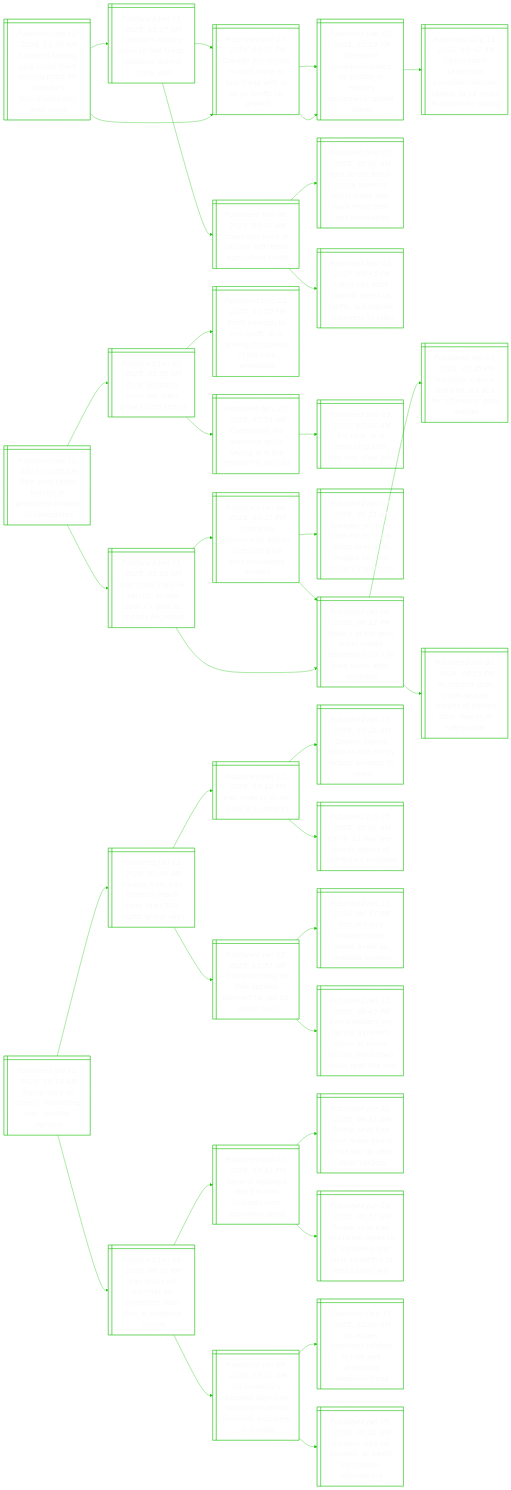
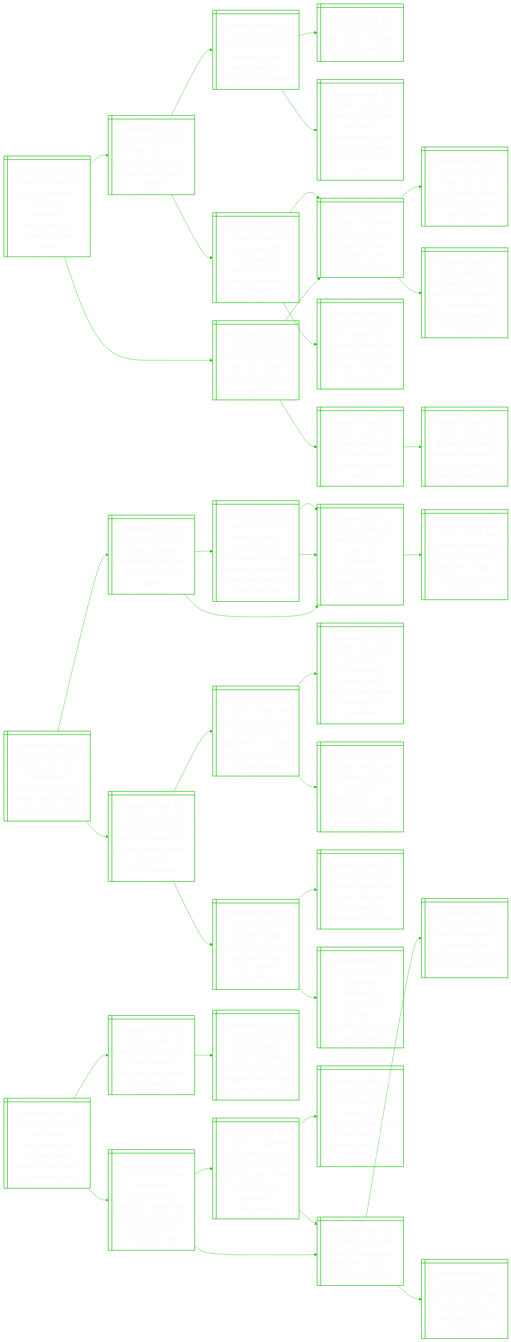
One commit to notJmes/notJmes changed the diagram in README.md. Above: the diagram before and after it, drawn with Mermaid. The commit also changed other lines of this file, not shown here.

````diff
--- a/README.md
+++ b/README.md
@@ -16,118 +16,121 @@
 flowchart LR
 classDef txtsize font-size:20px;
 
-Cyjioarpfntttii@{ shape: win-pane, label: "_Published Jan 12, 2026, 11:49 AM_
-Carney’s beijing visit could mark turning point for canada’s tumultuous ties with china" }
-Canatreorhi@{ shape: win-pane, label: "_Published Jan 11, 2026, 11:17 AM_
-Canada’s carney plans to talk trade, relations during china visit" }
-CarotaldhUiiw@{ shape: win-pane, label: "_Published Jan 07, 2026, 09:51 PM_
-Canada pm carney to visit china to talk trade with xi as us tariffs hit growth" }
-DnnnkpslypGls@{ shape: win-pane, label: "_Published Sep 02, 2021, 12:19 PM_
-Detained canadians linked by photos of military equipment: global times" }
-ChaCafauef@{ shape: win-pane, label: "_Published Mar 08, 2025, 09:31 AM_
-China hits back at canada with fresh agriculture tariffs" }
-Ftfhatiarmedvn@{ shape: win-pane, label: "_Published Mar 07, 2025, 05:00 AM_
-‘fight to the finish’: china vows to resist trade war, back more tech and innovation" }
-Chaaltrbgoet@{ shape: win-pane, label: "_Published Mar 04, 2025, 09:45 PM_
-China hits back against latest us tariffs, but signals openness to talks" }
-CarotaldhUiiw@{ shape: win-pane, label: "_Published Jan 07, 2026, 09:51 PM_
-Canada pm carney to visit china to talk trade with xi as us tariffs hit growth" }
-DnnnkpslypGls@{ shape: win-pane, label: "_Published Sep 02, 2021, 12:19 PM_
-Detained canadians linked by photos of military equipment: global times" }
-Ccsnaahptrrfy@{ shape: win-pane, label: "_Published Aug 11, 2021, 10:42 AM_
-China court sentences canadian michael spavor to 11 years in prison for spying" }
-
-Cyjioarpfntttii:::txtsize --> Canatreorhi:::txtsize
-Canatreorhi:::txtsize --> CarotaldhUiiw:::txtsize
-CarotaldhUiiw:::txtsize --> DnnnkpslypGls:::txtsize
-Canatreorhi:::txtsize --> ChaCafauef:::txtsize
-ChaCafauef:::txtsize --> Ftfhatiarmedvn:::txtsize
-ChaCafauef:::txtsize --> Chaaltrbgoet:::txtsize
-Cyjioarpfntttii:::txtsize --> CarotaldhUiiw:::txtsize
-CarotaldhUiiw:::txtsize --> DnnnkpslypGls:::txtsize
-DnnnkpslypGls:::txtsize --> Ccsnaahptrrfy:::txtsize
-
-Nrkoetafis@{ shape: win-pane, label: "_Published Jan 12, 2026, 11:25 AM_
-New york seeks ban on ai-generated images of candidates" }
-Adoefgct@{ shape: win-pane, label: "_Published Jan 07, 2026, 05:00 AM_
-As ai adoption rises, job fears grow across the us" }
-Fmtrtdnusbww@{ shape: win-pane, label: "_Published Dec 22, 2025, 01:50 PM_
-From amazon to microsoft, ai is driving thousands of job cuts worldwide" }
-CnrmpyIeojt@{ shape: win-pane, label: "_Published Nov 20, 2025, 07:59 AM_
-Companies are warming up to saying ai is the reason for job cuts" }
-Fwdroisp@{ shape: win-pane, label: "_Published Sep 19, 2025, 05:00 AM_
-For now, ai is devouring jobs. this, too, shall pass" }
-Eulfsoromea@{ shape: win-pane, label: "_Published Jan 11, 2026, 01:18 AM_
-Elon musk calls uk ‘fascist’ as row over x’s grok ai images escalates" }
-Ieeabssreueg@{ shape: win-pane, label: "_Published Jan 10, 2026, 03:27 PM_
-Indonesia temporarily blocks access to grok over sexualised images" }
-GnsaoetvogEupo@{ shape: win-pane, label: "_Published Jan 07, 2026, 01:15 AM_
-German minister calls for eu legal steps over grok images on elon musk’s x platform" }
-MAGiigaopsfas@{ shape: win-pane, label: "_Published Jan 09, 2026, 08:12 PM_
-Musk’s ai bot grok limits image generation on x to paid users after backlash" }
-MAGiigaopsfas@{ shape: win-pane, label: "_Published Jan 09, 2026, 08:12 PM_
-Musk’s ai bot grok limits image generation on x to paid users after backlash" }
-MsaniarnGm@{ shape: win-pane, label: "_Published Jan 04, 2026, 02:35 PM_
-Malaysia, france, india hit out at x for ‘offensive’ grok images" }
-Atrsxmootpngs@{ shape: win-pane, label: "_Published Jan 02, 2026, 08:15 PM_
-Ai chatbot grok posts sexual images of minors after ‘lapses in safeguards’" }
-
-Nrkoetafis:::txtsize --> Adoefgct:::txtsize
-Adoefgct:::txtsize --> Fmtrtdnusbww:::txtsize
-Adoefgct:::txtsize --> CnrmpyIeojt:::txtsize
-CnrmpyIeojt:::txtsize --> Fwdroisp:::txtsize
-Nrkoetafis:::txtsize --> Eulfsoromea:::txtsize
-Eulfsoromea:::txtsize --> Ieeabssreueg:::txtsize
-Ieeabssreueg:::txtsize --> GnsaoetvogEupo:::txtsize
-Ieeabssreueg:::txtsize --> MAGiigaopsfas:::txtsize
-Eulfsoromea:::txtsize --> MAGiigaopsfas:::txtsize
-MAGiigaopsfas:::txtsize --> MsaniarnGm:::txtsize
-MAGiigaopsfas:::txtsize --> Atrsxmootpngs:::txtsize
-
-TsSenialps@{ shape: win-pane, label: "_Published Jan 12, 2026, 10:14 AM_
-Trump says us closely monitoring iran, mulling options" }
+FVuonibdypee@{ shape: win-pane, label: "_Published Jan 12, 2026, 03:00 PM_
+First venezuela, now iran: americans befuddled by trump’s power moves" }
+TsSomoIugon@{ shape: win-pane, label: "_Published Jan 12, 2026, 10:14 AM_
+Trump says us is closely monitoring iran, mulling over options" }
 DsIrtcersp@{ shape: win-pane, label: "_Published Jan 12, 2026, 01:35 AM_
 Deaths from iran protests reach more than 500, rights group says" }
 Ioseits@{ shape: win-pane, label: "_Published Jan 11, 2026, 05:10 PM_
 Iran vows to strike back if us attacks" }
-Dsedabgrte@{ shape: win-pane, label: "_Published Jan 11, 2026, 07:26 AM_
-Dozens feared dead as iran hit by largest protests in years" }
-IDrenuibe@{ shape: win-pane, label: "_Published Jun 25, 2025, 05:00 AM_
-Iran’s ‘12-day war’ leaves plenty of unfinished business" }
-TbiIpsnres@{ shape: win-pane, label: "_Published Jan 12, 2026, 12:57 AM_
-Trump briefing on iran options planned for jan 13, report says" }
-SItehseosn@{ shape: win-pane, label: "_Published Jan 11, 2026, 06:57 PM_
-Son of iran’s toppled shah seeks a role as protests expand" }
-Ilrfgftfeoawlle@{ shape: win-pane, label: "_Published Jan 11, 2026, 09:45 PM_
-Iran’s leaders are facing a perfect storm of crises. bloody crackdown could spell the end" }
+TbionrnIrtnort@{ shape: win-pane, label: "_Published Jan 12, 2026, 12:57 AM_
+Trump briefing on options for response to iran protests planned for jan 13, report says" }
 Ihfeatrreine@{ shape: win-pane, label: "_Published Jan 09, 2026, 06:01 PM_
 Iran shuts off internet as protesters start fires in widening unrest" }
+Saokdatocis@{ shape: win-pane, label: "_Published Jan 01, 2026, 07:34 PM_
+Several reported killed in iran protests over economic woes" }
+Uaseynncueoiu@{ shape: win-pane, label: "_Published Jan 09, 2026, 05:41 AM_
+Us treasury’s bessent says iran facing precarious moment, economy in trouble" }
+Tttreteaea@{ shape: win-pane, label: "_Published Jan 02, 2026, 04:25 PM_
+Trump threatens iran over protest deaths as unrest flares" }
 Saokdatocis@{ shape: win-pane, label: "_Published Jan 01, 2026, 07:34 PM_
 Several reported killed in iran protests over economic woes" }
 Tsrseeworre@{ shape: win-pane, label: "_Published Jun 22, 2025, 08:14 AM_
 Trump says iran must make peace or ‘we will go after’ other targets" }
 Tsrdeecedletdr@{ shape: win-pane, label: "_Published Jun 24, 2025, 06:17 AM_
 Trump says iran and israel agree to a ‘complete and total’ ceasefire to end 12-day war" }
-Uaseynncueoiu@{ shape: win-pane, label: "_Published Jan 09, 2026, 05:41 AM_
-Us treasury’s bessent says iran facing precarious moment, economy in trouble" }
-Uunnaoanlpr@{ shape: win-pane, label: "_Published Dec 31, 2025, 12:09 AM_
-Us issues sanctions related to iran and venezuela weapons trade" }
-Iaerteoune@{ shape: win-pane, label: "_Published Jan 09, 2026, 06:26 AM_
-Iranians step up protests as death toll mounts, internet cut" }
+CdnerneMA@{ shape: win-pane, label: "_Published Sep 16, 2023, 04:22 PM_
+Clampdown and grief as iranians remember mahsa amini" }
+Blnssinonans@{ shape: win-pane, label: "_Published Sep 16, 2023, 08:05 AM_
+Biden leads new western sanctions on iran on amini’s death anniversary" }
 
-TsSenialps:::txtsize --> DsIrtcersp:::txtsize
+FVuonibdypee:::txtsize --> TsSomoIugon:::txtsize
+TsSomoIugon:::txtsize --> DsIrtcersp:::txtsize
 DsIrtcersp:::txtsize --> Ioseits:::txtsize
-Ioseits:::txtsize --> Dsedabgrte:::txtsize
-Ioseits:::txtsize --> IDrenuibe:::txtsize
-DsIrtcersp:::txtsize --> TbiIpsnres:::txtsize
-TbiIpsnres:::txtsize --> SItehseosn:::txtsize
-TbiIpsnres:::txtsize --> Ilrfgftfeoawlle:::txtsize
-TsSenialps:::txtsize --> Ihfeatrreine:::txtsize
+DsIrtcersp:::txtsize --> TbionrnIrtnort:::txtsize
+TsSomoIugon:::txtsize --> Ihfeatrreine:::txtsize
 Ihfeatrreine:::txtsize --> Saokdatocis:::txtsize
+Ihfeatrreine:::txtsize --> Uaseynncueoiu:::txtsize
+FVuonibdypee:::txtsize --> Tttreteaea:::txtsize
+Tttreteaea:::txtsize --> Saokdatocis:::txtsize
 Saokdatocis:::txtsize --> Tsrseeworre:::txtsize
 Saokdatocis:::txtsize --> Tsrdeecedletdr:::txtsize
-Ihfeatrreine:::txtsize --> Uaseynncueoiu:::txtsize
-Uaseynncueoiu:::txtsize --> Uunnaoanlpr:::txtsize
-Uaseynncueoiu:::txtsize --> Iaerteoune:::txtsize
+Tttreteaea:::txtsize --> CdnerneMA:::txtsize
+CdnerneMA:::txtsize --> Blnssinonans:::txtsize
+
+Tsiieoiehebvard@{ shape: win-pane, label: "_Published Jan 12, 2026, 01:33 PM_
+Trump says civil rights-era protections led to white people being ‘very badly treated’" }
+TcioirdsGi@{ shape: win-pane, label: "_Published Jan 21, 2025, 10:16 AM_
+Trump curtails protections around diversity, lgbtq rights" }
+Asdmseetiralavtge@{ shape: win-pane, label: "_Published Jan 12, 2025, 10:55 AM_
+Apple’s board recommends shareholders vote against proposal to eliminate diversity programmes" }
+MmsbiiomeTiuo@{ shape: win-pane, label: "_Published Jan 11, 2025, 08:43 AM_
+Meta, amazon scale back diversity programmes ahead of trump inauguration" }
+MmsbiiomeTiuo@{ shape: win-pane, label: "_Published Jan 11, 2025, 08:43 AM_
+Meta, amazon scale back diversity programmes ahead of trump inauguration" }
+MmsbiiomeTiuo@{ shape: win-pane, label: "_Published Jan 11, 2025, 08:43 AM_
+Meta, amazon scale back diversity programmes ahead of trump inauguration" }
+Aieihpaassneii@{ shape: win-pane, label: "_Published Jan 09, 2025, 07:10 AM_
+Activists fear spike in hate speech as meta lifts curbs on gender, sexual identity" }
+FwSAarnTcsfimi@{ shape: win-pane, label: "_Published May 13, 2025, 04:01 AM_
+First white south africans arrive in us as trump claims they face discrimination" }
+FwSAaaarduivul@{ shape: win-pane, label: "_Published May 12, 2025, 05:01 AM_
+First white south africans board plane for us under trump’s divisive refugee plan" }
+Tssniofswplec@{ shape: win-pane, label: "_Published Feb 11, 2025, 08:13 PM_
+Trump’s accusations against south africa spark ‘white privilege’ self-mockery" }
+Ueuraschctmar@{ shape: win-pane, label: "_Published Mar 15, 2025, 06:11 AM_
+Us expels south africa’s ambassador, calls him ‘race-baiting’ america hater" }
+Eluretashirt@{ shape: win-pane, label: "_Published Mar 23, 2025, 07:00 PM_
+Expelled south african envoy to us says he’s back home ‘with no regrets’" }
+TfeSAaictfas@{ shape: win-pane, label: "_Published Feb 09, 2025, 02:40 AM_
+Trump freezes all south african assistance as stand-off escalates" }
+AmntteeCbdie@{ shape: win-pane, label: "_Published Mar 23, 2025, 11:59 AM_
+Academia confronts a watershed moment at columbia, and the right revels" }
+
+Tsiieoiehebvard:::txtsize --> TcioirdsGi:::txtsize
+TcioirdsGi:::txtsize --> Asdmseetiralavtge:::txtsize
+Asdmseetiralavtge:::txtsize --> MmsbiiomeTiuo:::txtsize
+Asdmseetiralavtge:::txtsize --> MmsbiiomeTiuo:::txtsize
+TcioirdsGi:::txtsize --> MmsbiiomeTiuo:::txtsize
+MmsbiiomeTiuo:::txtsize --> Aieihpaassneii:::txtsize
+Tsiieoiehebvard:::txtsize --> FwSAarnTcsfimi:::txtsize
+FwSAarnTcsfimi:::txtsize --> FwSAaaarduivul:::txtsize
+FwSAaaarduivul:::txtsize --> Tssniofswplec:::txtsize
+FwSAaaarduivul:::txtsize --> Ueuraschctmar:::txtsize
+FwSAarnTcsfimi:::txtsize --> Eluretashirt:::txtsize
+Eluretashirt:::txtsize --> TfeSAaictfas:::txtsize
+Eluretashirt:::txtsize --> AmntteeCbdie:::txtsize
+
+Nsnhysiasnsig@{ shape: win-pane, label: "_Published Jan 12, 2026, 01:00 PM_
+New fossil unearths tiny dinosaur with weaponised hand for stealing eggs" }
+Isloiuttntenlce@{ shape: win-pane, label: "_Published Dec 17, 2025, 04:01 PM_
+‘immense’ collection of dinosaur footprints found in italy near 2026 winter olympics site" }
+TftciefaPinrpsod@{ shape: win-pane, label: "_Published Aug 11, 2025, 12:40 PM_
+Texas flood turns creek into real-life jurassic park, with 15 dinosaur footprints discovered" }
+AdoiieeCNatut@{ shape: win-pane, label: "_Published Apr 18, 2025, 07:00 AM_
+A decade of zoological discovery: lee kong chian natural history museum turns 10" }
+Toofrfatao@{ shape: win-pane, label: "_Published Mar 12, 2025, 01:10 PM_
+Trove of dinosaur footprints found at australian school" }
+Toofrfatao@{ shape: win-pane, label: "_Published Mar 12, 2025, 01:10 PM_
+Trove of dinosaur footprints found at australian school" }
+JsgHedaonuUr@{ shape: win-pane, label: "_Published Jan 02, 2025, 11:33 PM_
+Jurassic highway: hundreds of dinosaur footprints found in uk quarry" }
+Jssriwsobvi@{ shape: win-pane, label: "_Published Feb 13, 2025, 12:14 AM_
+Jurassic fossil from china rewrites history of bird evolution" }
+Nxosdahntrit@{ shape: win-pane, label: "_Published Oct 24, 2025, 06:39 PM_
+New mexico fossils show dinosaurs thriving just before annihilation" }
+Fgsteeesenoec@{ shape: win-pane, label: "_Published Oct 10, 2025, 05:00 AM_
+From a giant ‘squid’ to a t-rex: science centre’s biggest dino expo to open on oct 11" }
+
+Nsnhysiasnsig:::txtsize --> Isloiuttntenlce:::txtsize
+Isloiuttntenlce:::txtsize --> TftciefaPinrpsod:::txtsize
+TftciefaPinrpsod:::txtsize --> AdoiieeCNatut:::txtsize
+TftciefaPinrpsod:::txtsize --> Toofrfatao:::txtsize
+Isloiuttntenlce:::txtsize --> Toofrfatao:::txtsize
+Toofrfatao:::txtsize --> JsgHedaonuUr:::txtsize
+Toofrfatao:::txtsize --> Jssriwsobvi:::txtsize
+Nsnhysiasnsig:::txtsize --> Nxosdahntrit:::txtsize
+Nxosdahntrit:::txtsize --> Fgsteeesenoec:::txtsize
 
 ```
````
